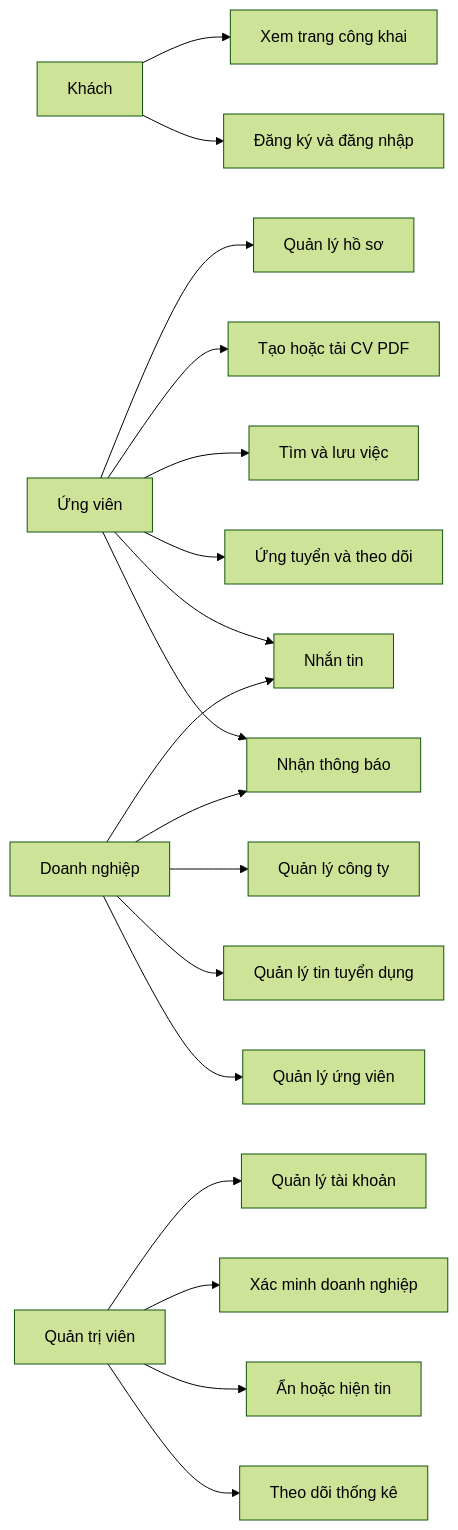
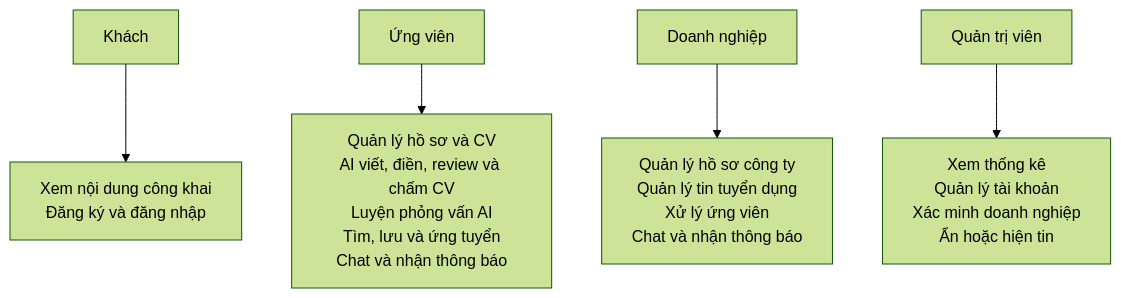
Before and after one commit to vinhvt619/DA2: the first of 12 diagrams in docs/bao-cao-do-an-rabbitcv.md, drawn with Mermaid (forest theme). The commit also changed other lines of this file and 172 other files, not shown here.

````diff
--- a/docs/bao-cao-do-an-rabbitcv.md
+++ b/docs/bao-cao-do-an-rabbitcv.md
@@ -246,20 +279,7 @@
 ```mermaid
-flowchart LR
-    Guest[Khách] --> ViewPublic[Xem trang công khai]
-    Guest --> Auth[Đăng ký và đăng nhập]
-    Candidate[Ứng viên] --> Profile[Quản lý hồ sơ]
-    Candidate --> CV[Tạo hoặc tải CV PDF]
-    Candidate --> Search[Tìm và lưu việc]
-    Candidate --> Apply[Ứng tuyển và theo dõi]
-    Candidate --> Chat[Nhắn tin]
-    Candidate --> Notice[Nhận thông báo]
-    Company[Doanh nghiệp] --> CompanyProfile[Quản lý công ty]
-    Company --> JobCRUD[Quản lý tin tuyển dụng]
-    Company --> Applicants[Quản lý ứng viên]
-    Company --> Chat
-    Company --> Notice
-    Admin[Quản trị viên] --> Users[Quản lý tài khoản]
-    Admin --> Verify[Xác minh doanh nghiệp]
-    Admin --> Moderate[Ẩn hoặc hiện tin]
-    Admin --> Statistics[Theo dõi thống kê]
+flowchart TB
+    Guest["Khách"] --> GuestUse["Xem nội dung công khai<br/>Đăng ký và đăng nhập"]
+    Candidate["Ứng viên"] --> CandidateUse["Quản lý hồ sơ và CV<br/>AI viết, điền, review và chấm CV<br/>Luyện phỏng vấn AI<br/>Tìm, lưu và ứng tuyển<br/>Chat và nhận thông báo"]
+    Company["Doanh nghiệp"] --> CompanyUse["Quản lý hồ sơ công ty<br/>Quản lý tin tuyển dụng<br/>Xử lý ứng viên<br/>Chat và nhận thông báo"]
+    Admin["Quản trị viên"] --> AdminUse["Xem thống kê<br/>Quản lý tài khoản<br/>Xác minh doanh nghiệp<br/>Ẩn hoặc hiện tin"]
 ```
````
